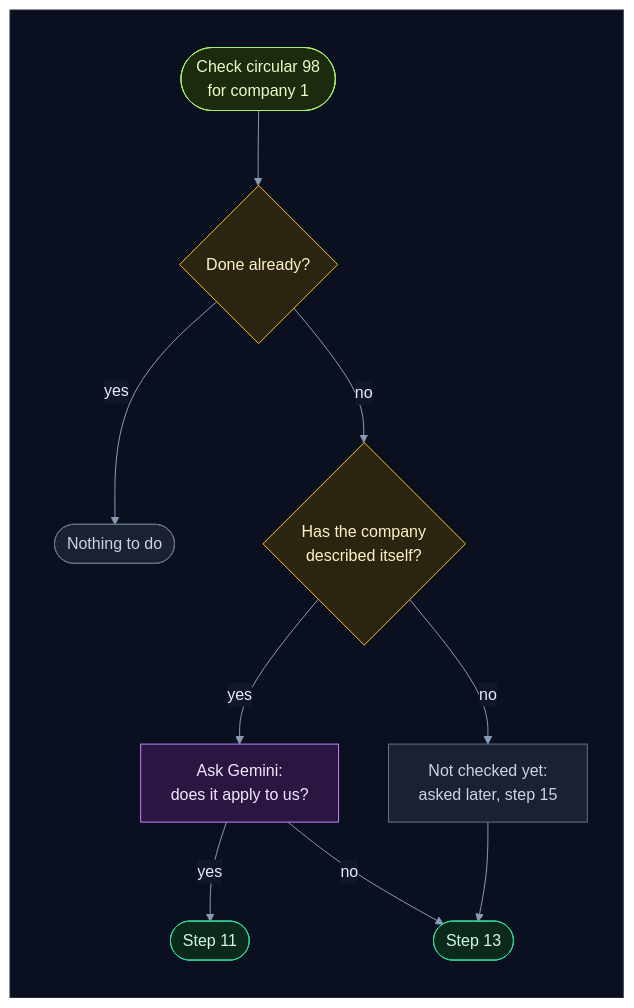
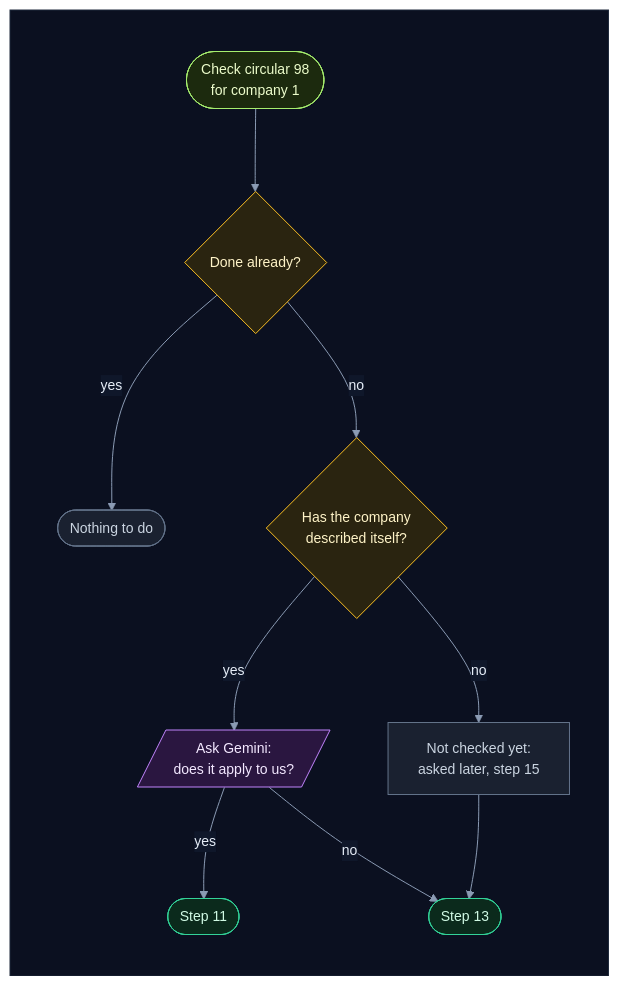
Before and after one commit to selvakumarperumal/Regulatory_Circular_Impact_Agent: diagram 16 of 45 in backend/worker/INTERNALS.md, drawn with Mermaid. The commit also changed other lines of this file and 5 other files, not shown here.

Commit message:
Give the docs' flowcharts a shape per kind of part, more room and slightly smaller text

````diff
--- a/backend/worker/INTERNALS.md
+++ b/backend/worker/INTERNALS.md
@@ -936,31 +936,31 @@
 ```mermaid
-%%{init: {"theme": "base", "flowchart": {"diagramPadding": 0}, "themeVariables": {"darkMode": true, "primaryColor": "#16213a", "primaryTextColor": "#e6edf7", "primaryBorderColor": "#475a7a", "lineColor": "#8b9bb4", "secondaryColor": "#1b2436", "tertiaryColor": "#101a2e", "edgeLabelBackground": "#0f172a", "textColor": "#e2e8f0", "clusterBkg": "#0f1728", "clusterBorder": "#2b3a55", "titleColor": "#c4b5fd", "nodeTextColor": "#e6edf7"}}}%%
+%%{init: {"theme": "base", "flowchart": {"diagramPadding": 0, "nodeSpacing": 58, "rankSpacing": 58, "curve": "basis"}, "themeVariables": {"fontSize": "14px", "darkMode": true, "primaryColor": "#16213a", "primaryTextColor": "#e6edf7", "primaryBorderColor": "#475a7a", "lineColor": "#8b9bb4", "secondaryColor": "#1b2436", "tertiaryColor": "#101a2e", "edgeLabelBackground": "#0f172a", "textColor": "#e2e8f0", "clusterBkg": "#0f1728", "clusterBorder": "#2b3a55", "titleColor": "#c4b5fd", "nodeTextColor": "#e6edf7"}}}%%
 flowchart TD
     subgraph canvas[" "]
         direction TB
         a(["Check circular 98<br/>for company 1"]) --> d{"Done already?"}
         d -->|"yes"| n(["Nothing to do"])
         d -->|"no"| p{"Has the company<br/>described itself?"}
         p -->|"no"| nc["Not checked yet:<br/>asked later, step 15"]
-        p -->|"yes"| g["Ask Gemini:<br/>does it apply to us?"]
+        p -->|"yes"| g[/"Ask Gemini:<br/>does it apply to us?"/]
         g -->|"yes"| s11(["Step 11"])
         g -->|"no"| s13(["Step 13"])
         nc --> s13
     end
     classDef svc fill:#0e2a2c,stroke:#2dd4bf,color:#ccfbf1
     classDef data fill:#1c1a47,stroke:#818cf8,color:#e0e7ff
     classDef ext fill:#2a1640,stroke:#c084fc,color:#f3e8ff
     classDef gpu fill:#2d1b0c,stroke:#fb923c,color:#ffedd5
     classDef ask fill:#2a2410,stroke:#fbbf24,color:#fef3c7
     classDef ok fill:#0b2a1c,stroke:#34d399,color:#d1fae5
     classDef bad fill:#2e0f17,stroke:#fb7185,color:#ffe4e6
     classDef start fill:#1c2a0e,stroke:#a7ef6f,color:#ecfccb
     classDef muted fill:#1a2130,stroke:#64748b,color:#cbd5e1
     classDef queue fill:#0c2231,stroke:#38bdf8,color:#e0f2fe
     class a start
     class d,p ask
     class n,nc muted
     class g ext
     class s11,s13 ok
     style canvas fill:#0b1020,stroke:#1e293b,color:#0b1020
 ```
````
